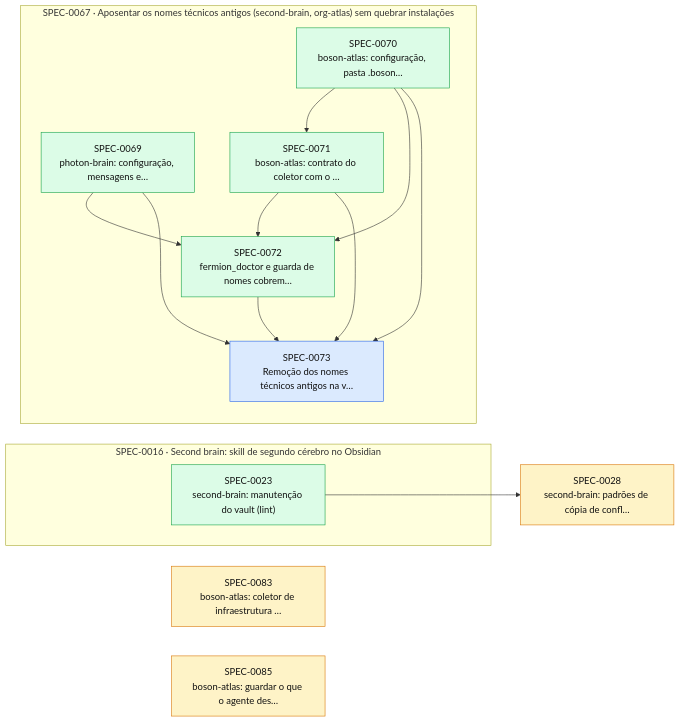
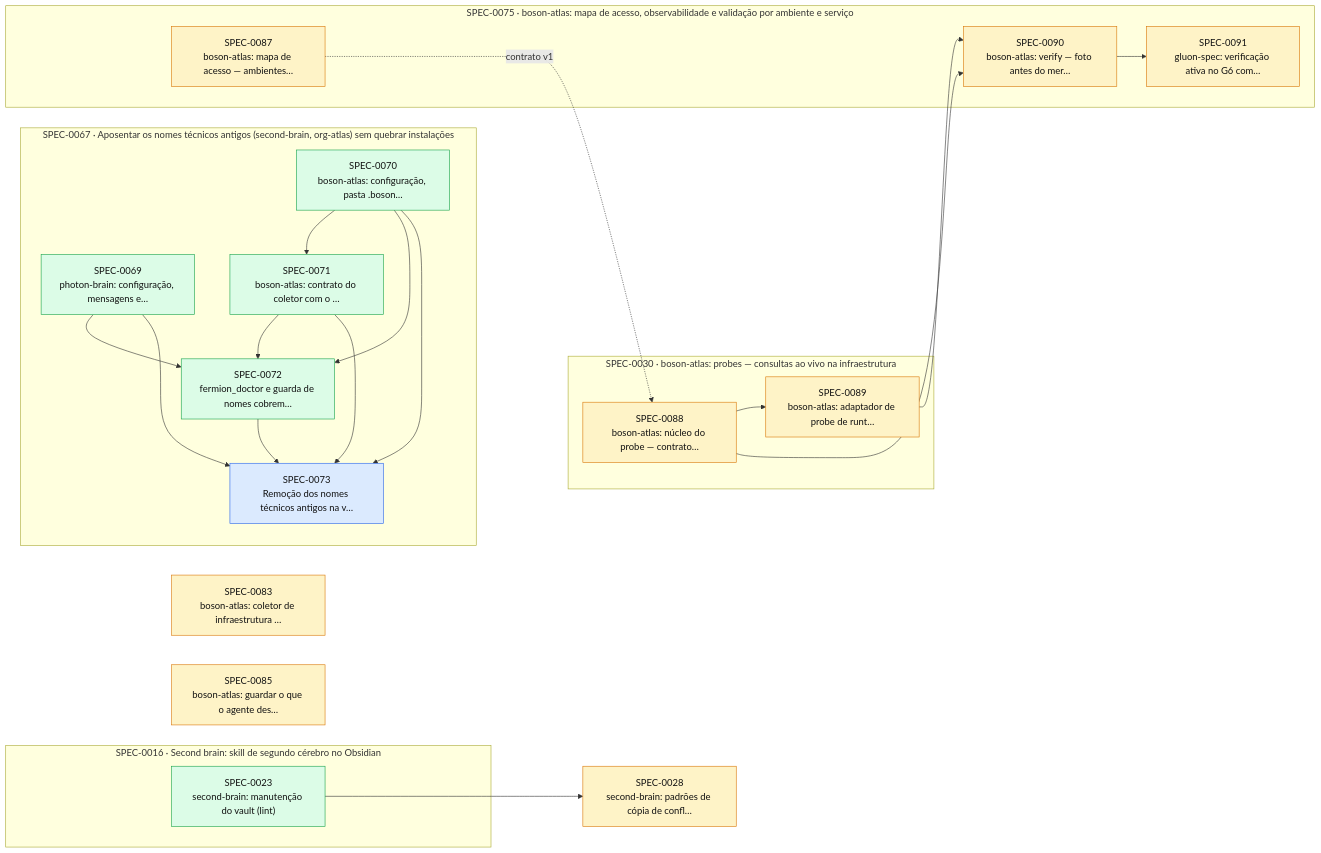
One commit to thomasravache/ai-dev-brain changed the diagram in docs/specs/INDEX.md. Above: the diagram before and after it, drawn with Mermaid. The commit also changed other lines of this file and 9 other files, not shown here.

````diff
--- a/docs/specs/INDEX.md
+++ b/docs/specs/INDEX.md
@@ -63,30 +68,44 @@
 ```mermaid
 flowchart LR
   S0028["SPEC-0028<br/>second-brain: padrões de cópia de confl…"]:::proposed
   S0083["SPEC-0083<br/>boson-atlas: coletor de infraestrutura …"]:::proposed
   S0085["SPEC-0085<br/>boson-atlas: guardar o que o agente des…"]:::proposed
   subgraph E0016["SPEC-0016 · Second brain: skill de segundo cérebro no Obsidian"]
     S0023["SPEC-0023<br/>second-brain: manutenção do vault (lint)"]:::implemented
   end
+  subgraph E0030["SPEC-0030 · boson-atlas: probes — consultas ao vivo na infraestrutura"]
+    S0088["SPEC-0088<br/>boson-atlas: núcleo do probe — contrato…"]:::proposed
+    S0089["SPEC-0089<br/>boson-atlas: adaptador de probe de runt…"]:::proposed
+  end
   subgraph E0067["SPEC-0067 · Aposentar os nomes técnicos antigos (second-brain, org-atlas) sem quebrar instalações"]
     S0069["SPEC-0069<br/>photon-brain: configuração, mensagens e…"]:::implemented
     S0070["SPEC-0070<br/>boson-atlas: configuração, pasta .boson…"]:::implemented
     S0071["SPEC-0071<br/>boson-atlas: contrato do coletor com o …"]:::implemented
     S0072["SPEC-0072<br/>fermion_doctor e guarda de nomes cobrem…"]:::implemented
     S0073["SPEC-0073<br/>Remoção dos nomes técnicos antigos na v…"]:::approved
+  end
+  subgraph E0075["SPEC-0075 · boson-atlas: mapa de acesso, observabilidade e validação por ambiente e serviço"]
+    S0087["SPEC-0087<br/>boson-atlas: mapa de acesso — ambientes…"]:::proposed
+    S0090["SPEC-0090<br/>boson-atlas: verify — foto antes do mer…"]:::proposed
+    S0091["SPEC-0091<br/>gluon-spec: verificação ativa no G6 com…"]:::proposed
   end
   S0023 --> S0028
   S0070 --> S0071
   S0069 --> S0072
   S0070 --> S0072
   S0071 --> S0072
   S0069 --> S0073
   S0070 --> S0073
   S0071 --> S0073
   S0072 --> S0073
+  S0087 -. contrato v1 .-> S0088
+  S0088 --> S0089
+  S0088 --> S0090
+  S0089 --> S0090
+  S0090 --> S0091
   classDef proposed fill:#fef3c7,stroke:#d97706,color:#111
   classDef approved fill:#dbeafe,stroke:#2563eb,color:#111
   classDef inprogress fill:#ede9fe,stroke:#7c3aed,color:#111
   classDef implemented fill:#dcfce7,stroke:#16a34a,color:#111
   classDef deprecated fill:#f3f4f6,stroke:#9ca3af,color:#6b7280
 ```
````
